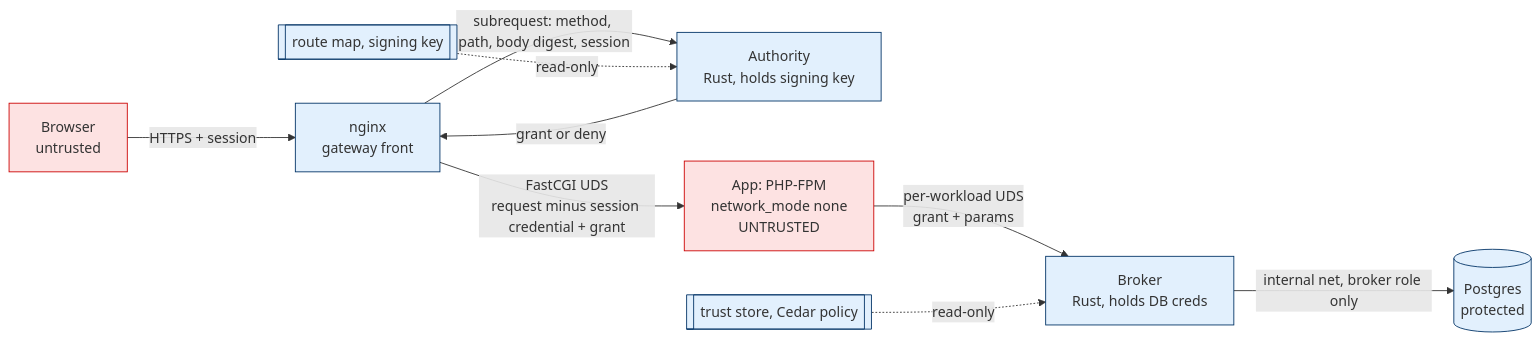
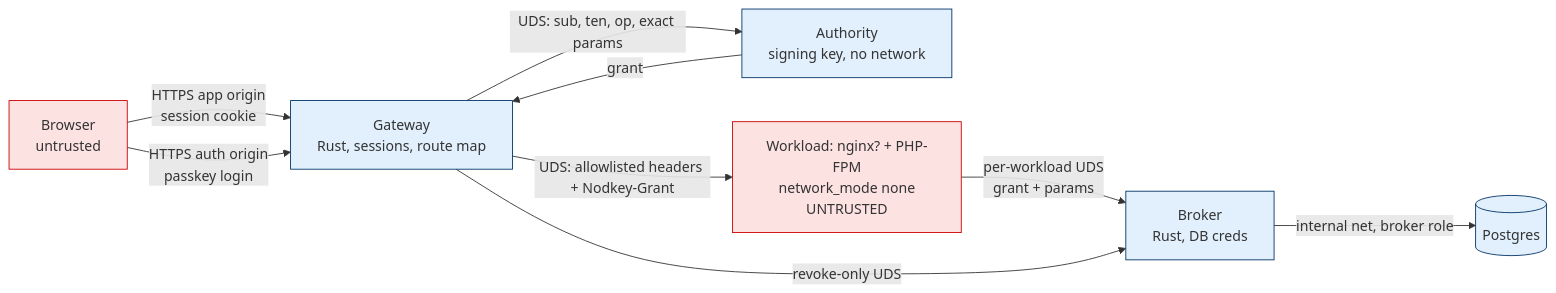
The diagram in docs/ARCHITECTURE.md (n0dal/nodkey), drawn with Mermaid before and after one commit. The commit also changed other lines of this file and 13 other files, not shown here.

First line of the commit message:
Revise architecture after adversarial review

````diff
--- a/docs/ARCHITECTURE.md
+++ b/docs/ARCHITECTURE.md
@@ -30,15 +30,15 @@
 ```mermaid
 flowchart LR
-  U[Browser<br/>untrusted] -->|HTTPS + session| N[nginx<br/>gateway front]
-  N -->|subrequest: method, path, body digest, session| AU[Authority<br/>Rust, holds signing key]
-  AU -->|grant or deny| N
-  N -->|FastCGI UDS<br/>request minus session credential + grant| APP[App: PHP-FPM<br/>network_mode none<br/>UNTRUSTED]
-  APP -->|per-workload UDS<br/>grant + params| BR[Broker<br/>Rust, holds DB creds]
-  BR -->|internal net, broker role only| DB[(Postgres<br/>protected)]
-  K[[trust store, Cedar policy]] -.read-only.-> BR
-  RM[[route map, signing key]] -.read-only.-> AU
+  U[Browser<br/>untrusted] -->|HTTPS app origin<br/>session cookie| GW[Gateway<br/>Rust, sessions, route map]
+  U -->|HTTPS auth origin<br/>passkey login| GW
+  GW -->|UDS: sub, ten, op, exact params| AU[Authority<br/>signing key, no network]
+  AU -->|grant| GW
+  GW -->|UDS: allowlisted headers + Nodkey-Grant| APP[Workload: nginx? + PHP-FPM<br/>network_mode none<br/>UNTRUSTED]
+  APP -->|per-workload UDS<br/>grant + params| BR[Broker<br/>Rust, DB creds]
+  GW -->|revoke-only UDS| BR
+  BR -->|internal net, broker role| DB[(Postgres)]
   classDef untrusted fill:#fde2e2,stroke:#c00;
   classDef trusted fill:#e2f0fd,stroke:#036;
   class U,APP untrusted;
-  class N,AU,BR,DB,K,RM trusted;
+  class GW,AU,BR,DB trusted;
 ```
````
